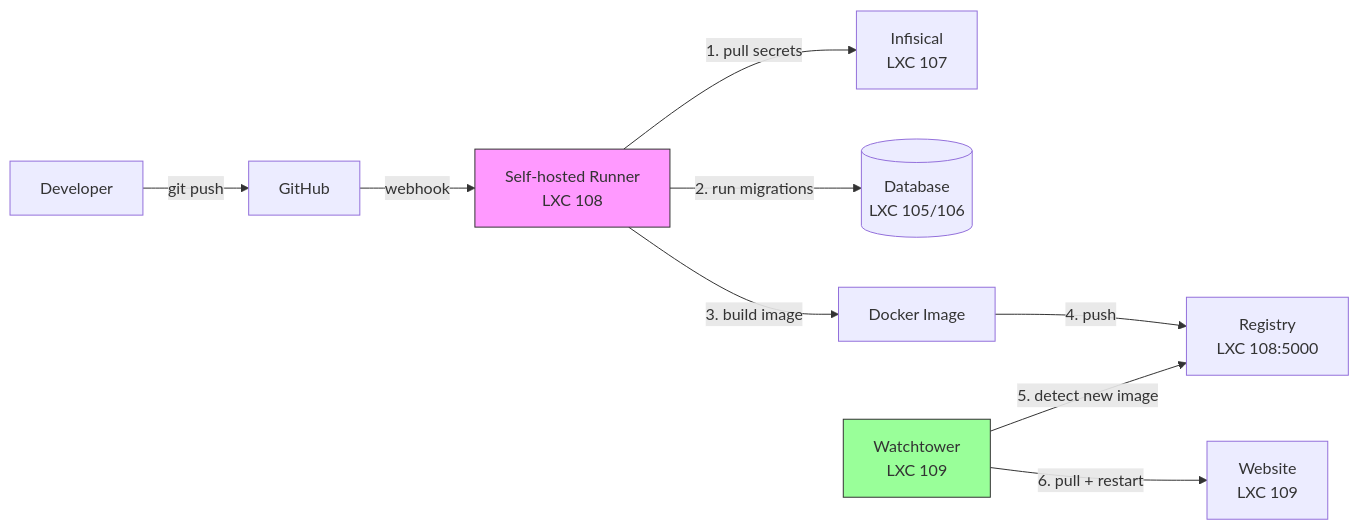
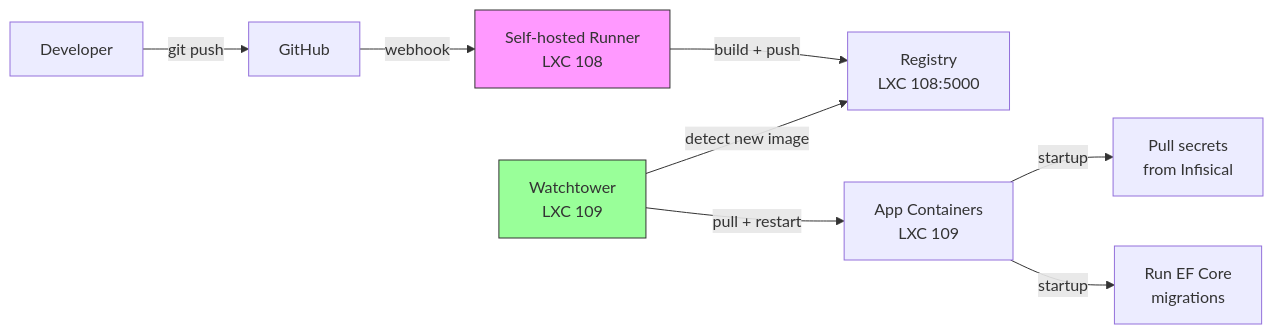
One commit to Evanflow-Studio/www.evanbecker.net changed the third of 3 diagrams in README.md. Above: the diagram before and after it, drawn with Mermaid. The commit also changed other lines of this file and 18 other files, not shown here.

````diff
--- a/README.md
+++ b/README.md
@@ -133,14 +121,13 @@
 ```mermaid
 graph LR
     Dev[Developer] -->|git push| GH[GitHub]
     GH -->|webhook| Runner[Self-hosted Runner<br/>LXC 108]
-    Runner -->|1. pull secrets| Infisical[Infisical<br/>LXC 107]
-    Runner -->|2. run migrations| DB[(Database<br/>LXC 105/106)]
-    Runner -->|3. build image| Image[Docker Image]
-    Image -->|4. push| Registry[Registry<br/>LXC 108:5000]
-    Watchtower[Watchtower<br/>LXC 109] -->|5. detect new image| Registry
-    Watchtower -->|6. pull + restart| Website[Website<br/>LXC 109]
+    Runner -->|build + push| Registry[Registry<br/>LXC 108:5000]
+    Watchtower[Watchtower<br/>LXC 109] -->|detect new image| Registry
+    Watchtower -->|pull + restart| Containers[App Containers<br/>LXC 109]
+    Containers -->|startup| Infisical[Pull secrets<br/>from Infisical]
+    Containers -->|startup| Migrate[Run EF Core<br/>migrations]
 
     style Runner fill:#f9f,stroke:#333
     style Watchtower fill:#9f9,stroke:#333
 ```
````
